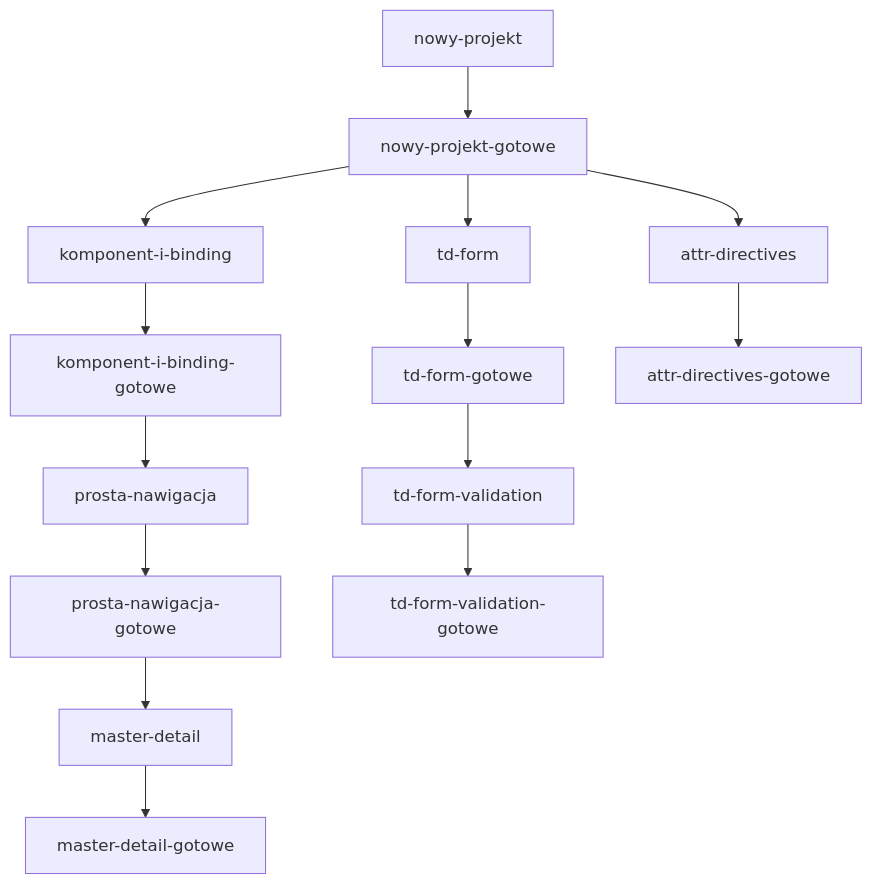
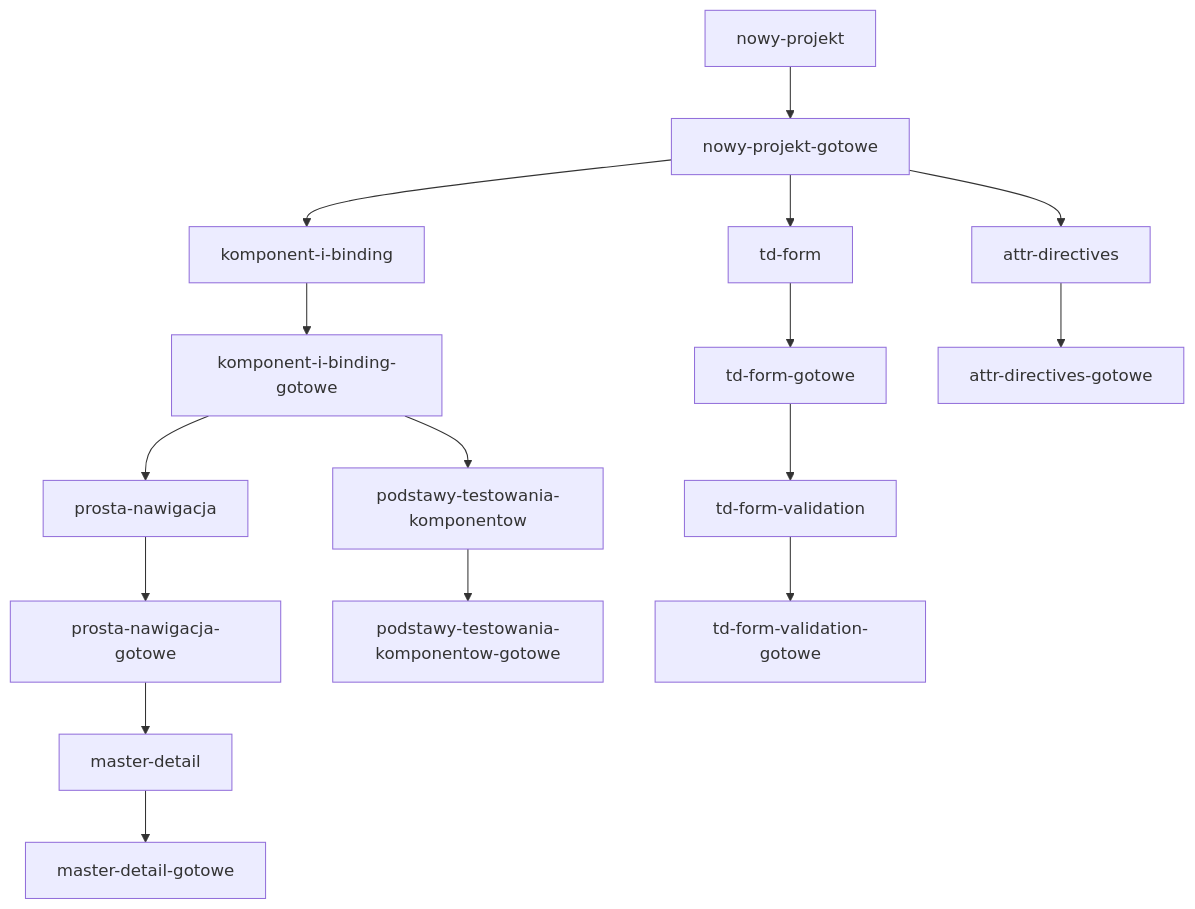
Before and after one commit to jkatnik/powtorki-ng: the diagram in ZADANIA.md, drawn with Mermaid.

Commit message:
dodanie brancha podstawy-testowania-komponentow

````diff
--- a/ZADANIA.md
+++ b/ZADANIA.md
@@ -1,24 +1,27 @@
 ```mermaid
 graph TD;
 
 nowy-projekt --> nowy-projekt-gotowe
 
 nowy-projekt-gotowe --> komponent-i-binding
 komponent-i-binding --> komponent-i-binding-gotowe
 
 komponent-i-binding-gotowe --> prosta-nawigacja
 prosta-nawigacja --> prosta-nawigacja-gotowe
 
 prosta-nawigacja-gotowe --> master-detail
 master-detail --> master-detail-gotowe
 
 nowy-projekt-gotowe --> td-form
 td-form --> td-form-gotowe
 
 td-form-gotowe --> td-form-validation
 td-form-validation --> td-form-validation-gotowe
 
 nowy-projekt-gotowe --> attr-directives
 attr-directives --> attr-directives-gotowe
 
+komponent-i-binding-gotowe --> podstawy-testowania-komponentow
+podstawy-testowania-komponentow --> podstawy-testowania-komponentow-gotowe
+
 ```
````
